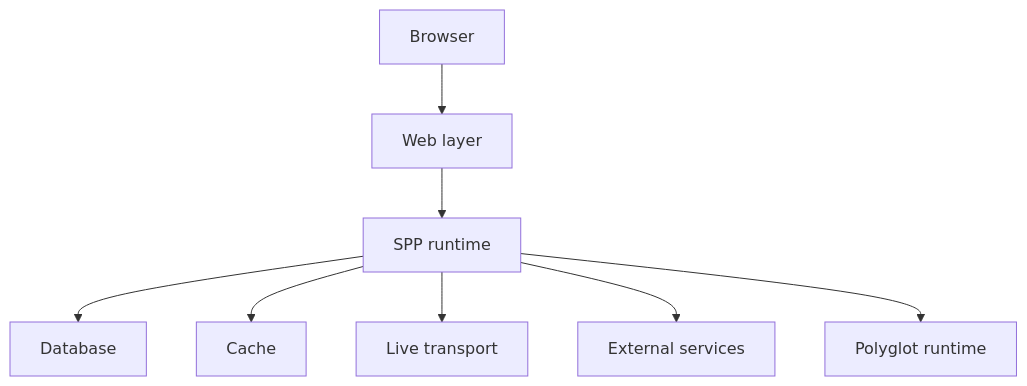
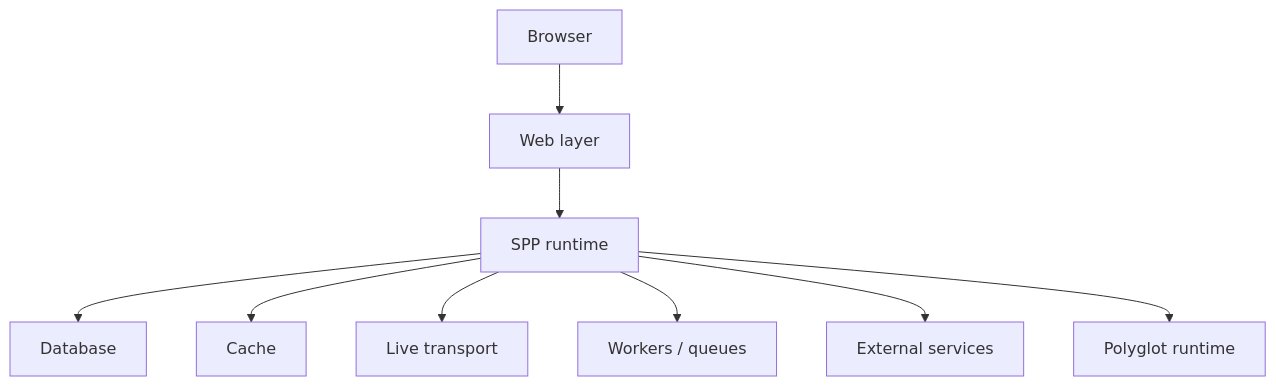
Before and after one commit to shuklasp/spp: the eighth of 9 diagrams in documentation/handbook/21-enterprise-architecture-and-deployment.md, drawn with Mermaid. The commit also changed other lines of this file, not shown here.

Commit message:
docs: reconcile enterprise architecture boundaries

````diff
--- a/documentation/handbook/21-enterprise-architecture-and-deployment.md
+++ b/documentation/handbook/21-enterprise-architecture-and-deployment.md
@@ -233,10 +174,11 @@
 ```mermaid
 flowchart TD
     B[Browser] --> W[Web layer]
     W --> P[SPP runtime]
     P --> DB[Database]
     P --> C[Cache]
     P --> L[Live transport]
+    P --> Q[Workers / queues]
     P --> X[External services]
     P --> Y[Polyglot runtime]
 ```
````
